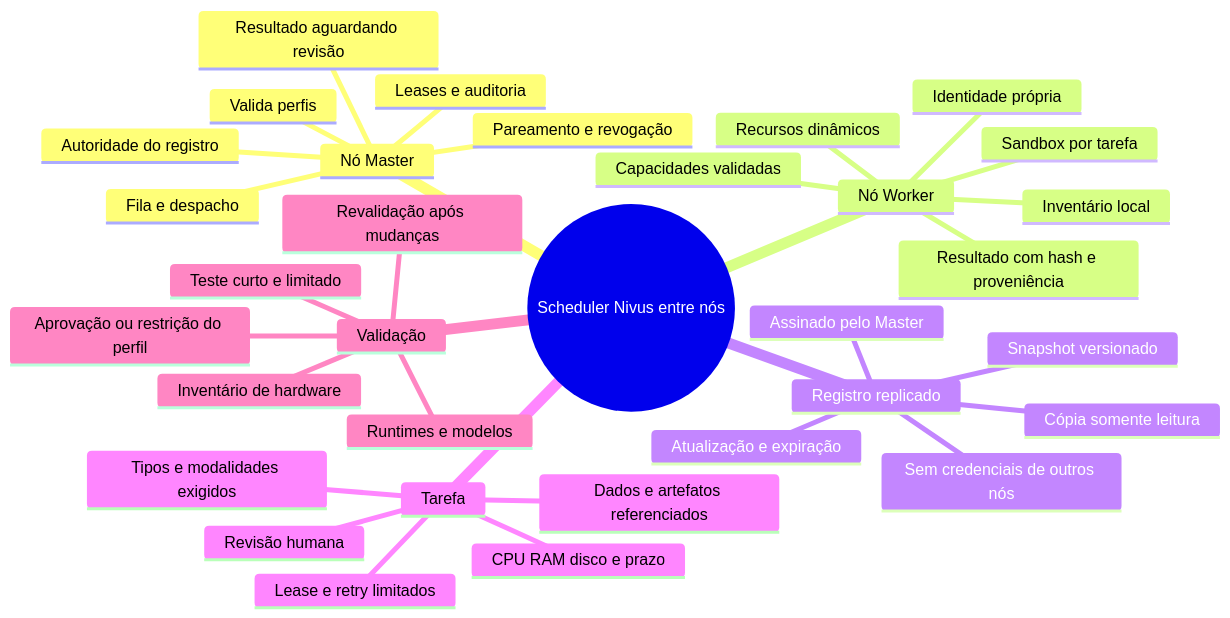
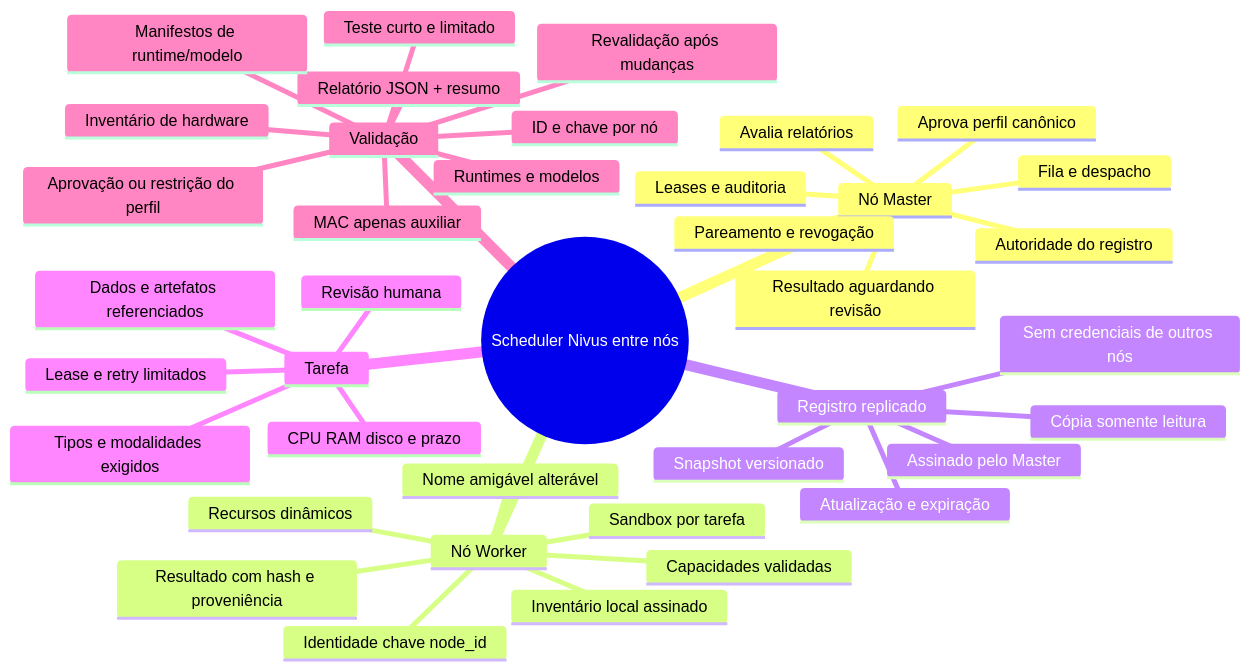
Before and after one commit to astec10/nivus-edge-node: the first of 2 diagrams in docs/NODE_CAPABILITY_SCHEDULER.md, drawn with Mermaid. The commit also changed other lines of this file, not shown here.

Commit message:
docs: detail node identity and hardware evaluation

````diff
--- a/docs/NODE_CAPABILITY_SCHEDULER.md
+++ b/docs/NODE_CAPABILITY_SCHEDULER.md
@@ -18,36 +53,42 @@
 ```mermaid
 mindmap
   root((Scheduler Nivus entre nós))
     Nó Master
       Autoridade do registro
       Pareamento e revogação
-      Valida perfis
+      Avalia relatórios
+      Aprova perfil canônico
       Fila e despacho
       Leases e auditoria
       Resultado aguardando revisão
     Nó Worker
-      Identidade própria
-      Inventário local
+      Nome amigável alterável
+      Identidade chave node_id
+      Inventário local assinado
       Capacidades validadas
       Recursos dinâmicos
       Sandbox por tarefa
       Resultado com hash e proveniência
     Registro replicado
       Snapshot versionado
       Assinado pelo Master
       Cópia somente leitura
       Sem credenciais de outros nós
       Atualização e expiração
     Tarefa
       Tipos e modalidades exigidos
       CPU RAM disco e prazo
       Dados e artefatos referenciados
       Lease e retry limitados
       Revisão humana
     Validação
+      MAC apenas auxiliar
+      ID e chave por nó
+      Relatório JSON + resumo
+      Manifestos de runtime/modelo
       Inventário de hardware
       Runtimes e modelos
       Teste curto e limitado
       Aprovação ou restrição do perfil
       Revalidação após mudanças
 ```
````
